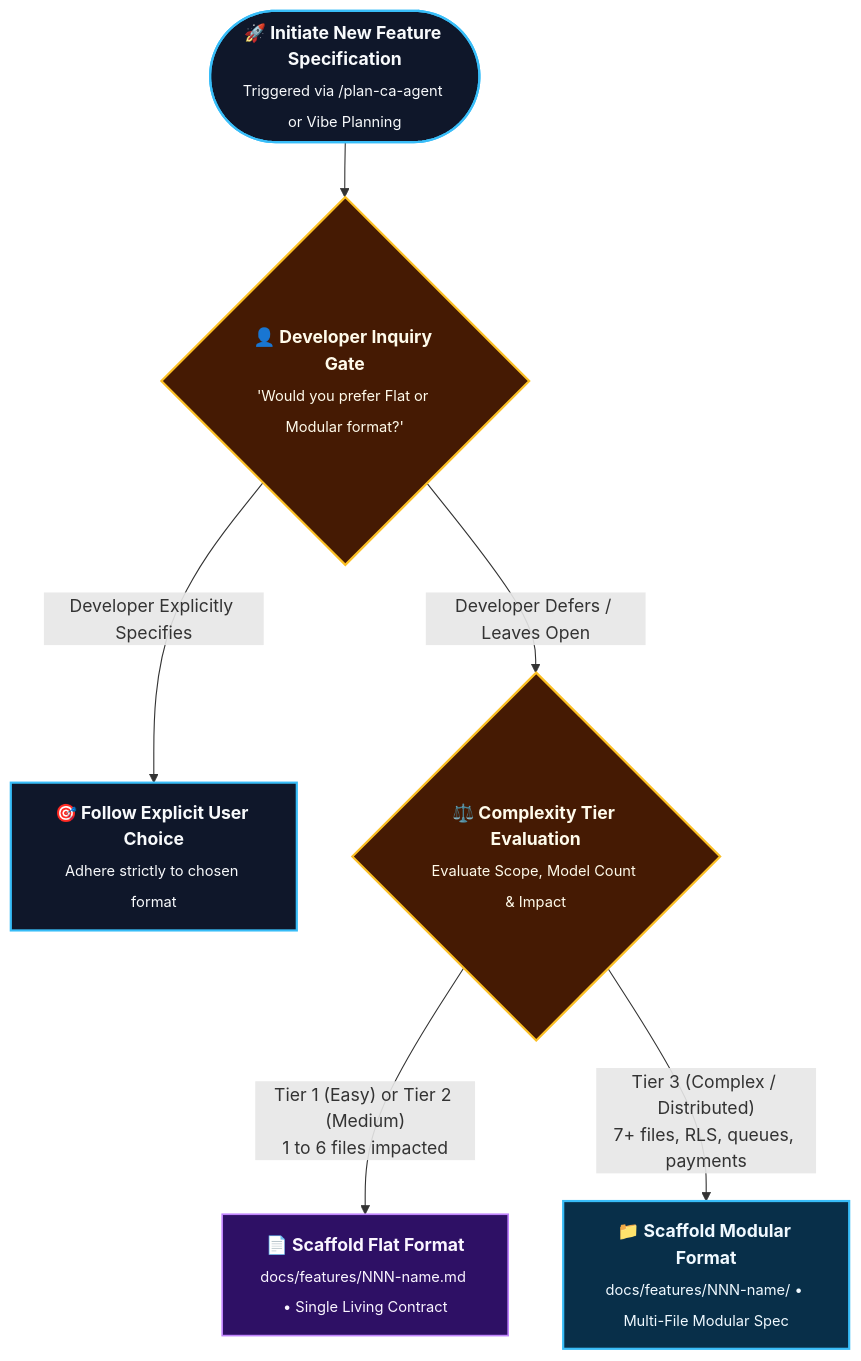
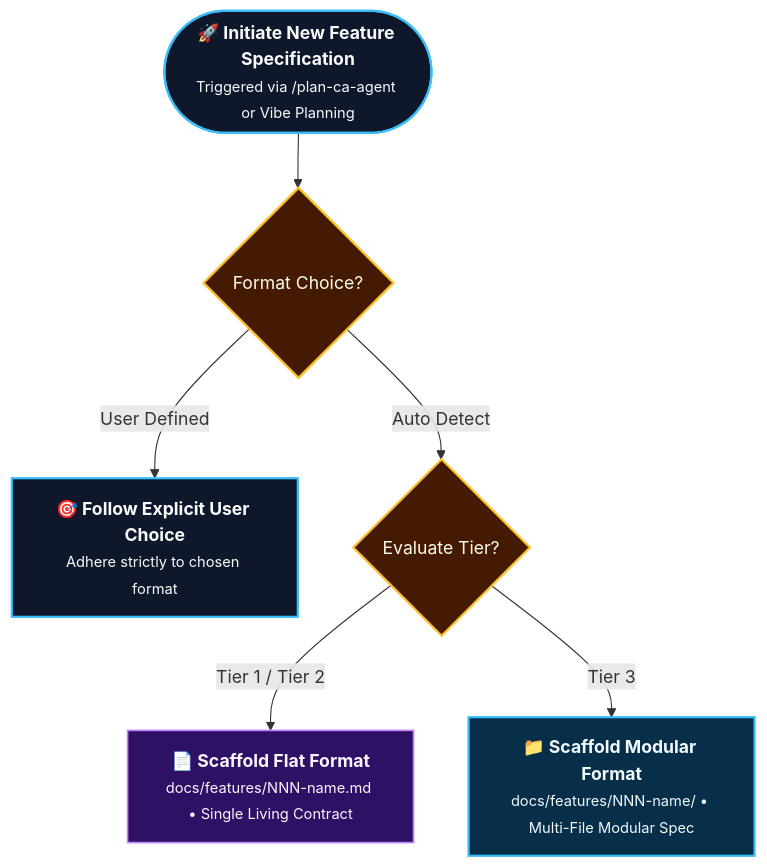
The first of 3 diagrams in Vibe-Coding-Chandan-Adhikary/Vibe-Coding/docs/features/README.md (rmsofficialsyt/Agentic-AI-Vibe-Coding-AND-SDD-TDD-Codebase-Chandan-Adhikary), drawn with Mermaid before and after one commit. The commit also changed other lines of this file and 27 other files, not shown here.

Commit message:
docs: resolve text overlap and scattering across all diagrams via semantic typography and layout contracts

````diff
--- a/Vibe-Coding-Chandan-Adhikary/Vibe-Coding/docs/features/README.md
+++ b/Vibe-Coding-Chandan-Adhikary/Vibe-Coding/docs/features/README.md
@@ -25,15 +25,15 @@
 ```mermaid
 flowchart TD
     classDef start fill:#0f172a,stroke:#38bdf8,stroke-width:2px,color:#f8fafc;
     classDef gate fill:#451a03,stroke:#fbbf24,stroke-width:2px,color:#fffbeb;
     classDef flat fill:#2e1065,stroke:#c084fc,stroke-width:1.5px,color:#faf5ff;
     classDef modular fill:#082f49,stroke:#38bdf8,stroke-width:2px,color:#f0f9ff;
 
-    Start(["<b>🚀 Initiate New Feature Specification</b><br/><sub>Triggered via /plan-ca-agent or Vibe Planning</sub>"]):::start --> DevAsk{"<b>👤 Developer Inquiry Gate</b><br/><sub>'Would you prefer Flat or Modular format?'</sub>"}:::gate
+    Start(["<b>🚀 Initiate New Feature Specification</b><br/><small>Triggered via /plan-ca-agent or Vibe Planning</small>"]):::start --> DevAsk{"Format Choice?"}:::gate
     
-    DevAsk -->|"Developer Explicitly Specifies"| UserChoice["<b>🎯 Follow Explicit User Choice</b><br/><sub>Adhere strictly to chosen format</sub>"]:::start
-    DevAsk -->|"Developer Defers / Leaves Open"| AutoTier{"<b>⚖️ Complexity Tier Evaluation</b><br/><sub>Evaluate Scope, Model Count & Impact</sub>"}:::gate
+    DevAsk -->|"User Defined"| UserChoice["<b>🎯 Follow Explicit User Choice</b><br/><small>Adhere strictly to chosen format</small>"]:::start
+    DevAsk -->|"Auto Detect"| AutoTier{"Evaluate Tier?"}:::gate
     
-    AutoTier -->|"Tier 1 (Easy) or Tier 2 (Medium)<br/>1 to 6 files impacted"| FlatFormat["<b>📄 Scaffold Flat Format</b><br/><sub>docs/features/NNN-name.md • Single Living Contract</sub>"]:::flat
-    AutoTier -->|"Tier 3 (Complex / Distributed)<br/>7+ files, RLS, queues, payments"| ModularFormat["<b>📁 Scaffold Modular Format</b><br/><sub>docs/features/NNN-name/ • Multi-File Modular Spec</sub>"]:::modular
+    AutoTier -->|"Tier 1 / Tier 2"| FlatFormat["<b>📄 Scaffold Flat Format</b><br/><small>docs/features/NNN-name.md • Single Living Contract</small>"]:::flat
+    AutoTier -->|"Tier 3"| ModularFormat["<b>📁 Scaffold Modular Format</b><br/><small>docs/features/NNN-name/ • Multi-File Modular Spec</small>"]:::modular
 ```
````
